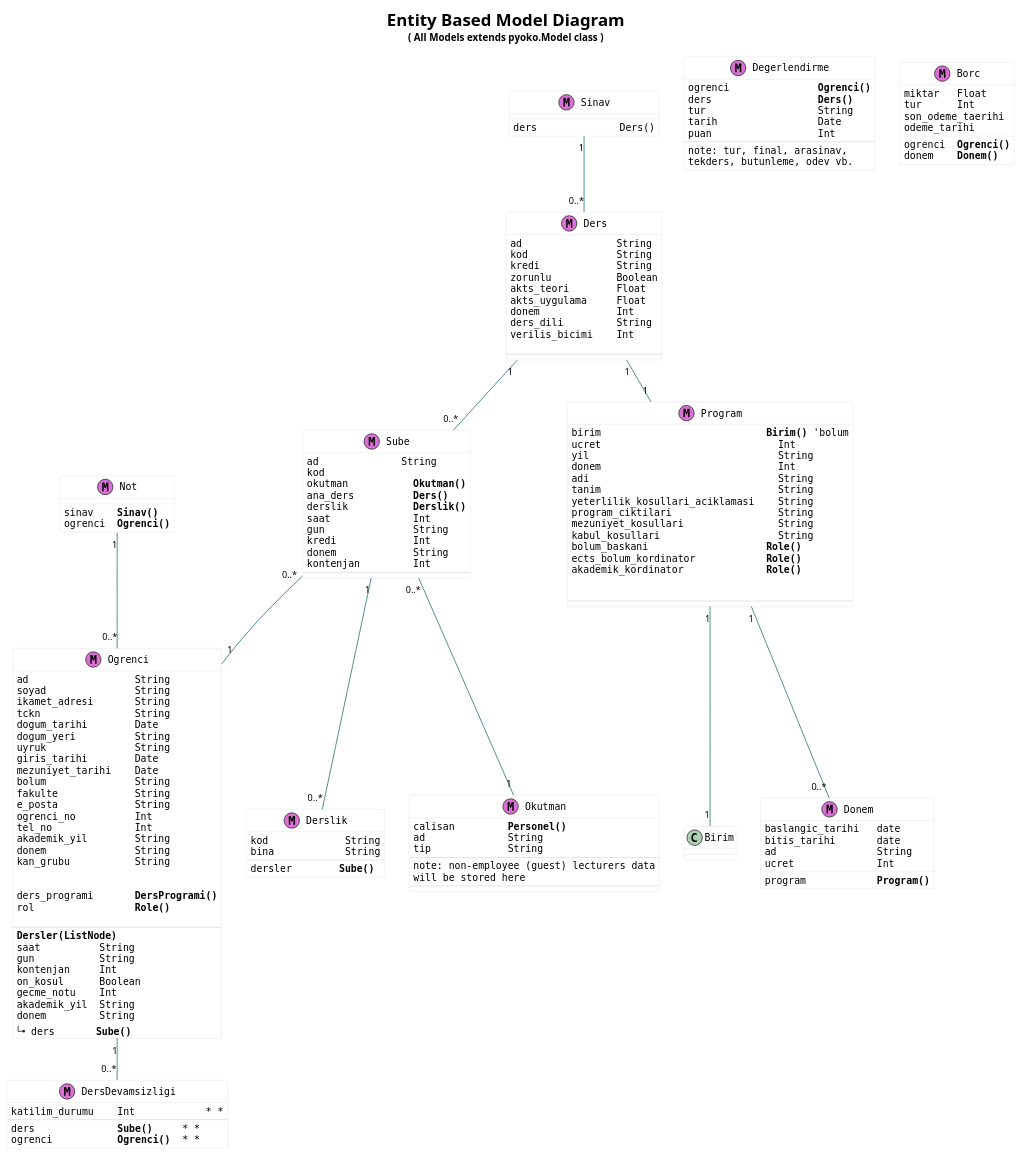
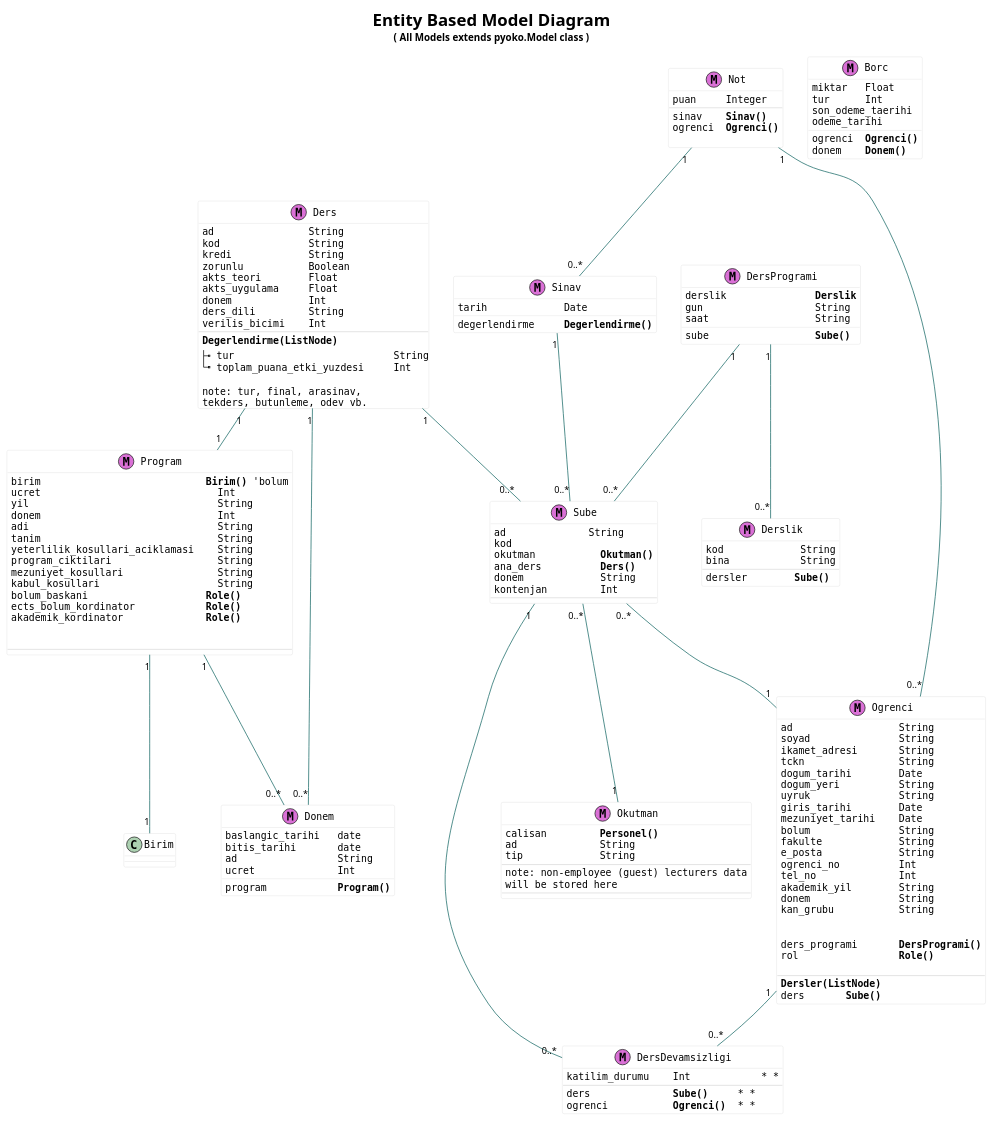
One commit to zetaops/ulakbus.org changed the diagram in source/diagrams/student-models.puml. Above: the diagram before and after it, drawn with PlantUML.

Commit message:
student model reviewed

```diff
--- a/source/diagrams/student-models.puml
+++ b/source/diagrams/student-models.puml
@@ -1,186 +1,185 @@
 @startuml
 
 skinparam classAttributeFontName Monospaced
 skinparam classBackgroundColor #FFFFFF
 skinparam classBorderColor #D8D8D8
 skinparam packageBorderColor #BDBDBD
 skinparam classArrowColor #0B615E
 skinparam shadowing false
 
 'skinparam monochrome true
 'skinparam nodesep 100
 'skinparam ranksep 100
 'note "All <color:black><b> (M)odels</b></color> extends <b>pyoko.Model</b> class" as N #orchid
 title
 <size:24>Entity Based Model Diagram</size>
 ( All Models extends <b>pyoko.Model</b> class )
 endtitle
 'legend left
 'n..*     n or more instances
 'n..m    Min n, Max m instances
 'endlegend
 
 
 
 class Okutman<<(M,orchid)>>{
 calisan         **Personel()**
 ad              String
 tip             String
 --
 note: non-employee (guest) lecturers data
 will be stored here
 --
 }
 
 class Program<<(M,orchid)>>{
 birim                            **Birim()** 'bolum
 ucret                              Int
 yil                                String
 donem                              Int
 adi                                String
 tanim                              String
 yeterlilik_kosullari_aciklamasi    String
 program_ciktilari                  String
 mezuniyet_kosullari                String
 kabul_kosullari                    String
 bolum_baskani                    **Role()**
 ects_bolum_kordinator            **Role()**
 akademik_kordinator              **Role()**
 
 
 --
 }
 class Derslik<<(M,orchid)>>{
 kod             String
 bina            String
 --
 dersler        **Sube()**
 }
 
 class Sube<<(M,orchid)>>{
 ad              String
 kod
 okutman           **Okutman()**
 ana_ders          **Ders()**
-derslik           **Derslik()**
-saat              Int
-gun               String
-kredi             Int
 donem             String
 kontenjan         Int
 --
 }
 
 class Ders<<(M,orchid)>>{
 ad                String
 kod               String
 kredi             String
 zorunlu           Boolean
 akts_teori        Float
 akts_uygulama     Float
 donem             Int
 ders_dili         String
 verilis_bicimi    Int
+--
+**Degerlendirme(ListNode)**
+|_ tur                           String
+|_ toplam_puana_etki_yuzdesi     Int
 
---
+note: tur, final, arasinav,
+tekders, butunleme, odev vb.
 }
 
 
 class Sinav <<(M,orchid)>> {
-ders              Ders()
+tarih             Date
+degerlendirme     **Degerlendirme()**
+}
 
-}
+
 class Ogrenci <<(M,orchid)>> {
 ad                  String
 soyad               String
 ikamet_adresi       String
 tckn                String
 dogum_tarihi        Date
 dogum_yeri          String
 uyruk               String
 giris_tarihi        Date
 mezuniyet_tarihi    Date
 bolum               String
 fakulte             String
 e_posta             String
 ogrenci_no          Int
 tel_no              Int
 akademik_yil        String
 donem               String
 kan_grubu           String
 
 
 ders_programi       **DersProgrami()**
 rol                 **Role()**
 
 --
 **Dersler(ListNode)**
-saat          String
-gun           String
-kontenjan     Int
-on_kosul      Boolean
-gecme_notu    Int
-akademik_yil  String
-donem         String
-|_ ders       **Sube()**
+ders       **Sube()**
 }
 
+class DersProgrami<<(M,orchid)>> {
+sube                  **Sube()**
+derslik               **Derslik**
+gun                   String
+saat                  String
+}
 
-class Degerlendirme <<(M,orchid)>> {
-ogrenci               **Ogrenci()**
-ders                  **Ders()**
-tur                   String
-tarih                 Date
-puan                  Int
---
-note: tur, final, arasinav,
-tekders, butunleme, odev vb.
-}
 
 class DersDevamsizligi <<(M,orchid)>> {
 katilim_durumu    Int            * *
 --
 ders              **Sube()**     * *
 ogrenci           **Ogrenci()**  * *
 }
 
 class Borc <<(M,orchid)>> {
 miktar   Float
 tur      Int
 ogrenci  **Ogrenci()**
 donem    **Donem()**
 son_odeme_taerihi
 odeme_tarihi
 }
 
 
 class Not <<(M,orchid)>> {
+puan     Integer
+--
 sinav    **Sinav()**
 ogrenci  **Ogrenci()**
+
 }
 
 class Donem <<(M,orchid)>> {
 baslangic_tarihi   date
 bitis_tarihi       date
 ad                 String
 ucret              Int
 program            **Program()**
 }
 
 
-Sube "1" -- "0..*" Derslik
-Sinav "1" -- "0..*" Ders
-Not "1" --"0..*" Ogrenci
-
+DersProgrami "1" -- "0..*" Derslik
+DersProgrami "1" -- "0..*" Sube
+Sinav "1" -- "0..*" Sube
 
 Sube "0..*" -- "1" Okutman
 Sube "0..*" -- "1" Ogrenci
 
 Ders "1" --  "1" Program
 Ders "1" -- "0..*" Sube
+Ders "1" -- "0..*" Donem
 
 Program "1" -- "1" Birim
 Ogrenci "1" -- "0..*" DersDevamsizligi
+Sube "1" -- "0..*" DersDevamsizligi
 Program "1"-- "0..*" Donem
 
+Not "1" -- "0..*" Ogrenci
+Not "1"-- "0..*" Sinav
+
 @enduml
```
